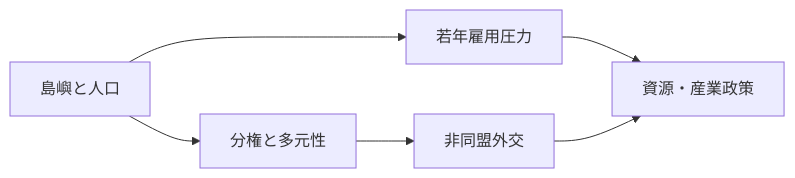
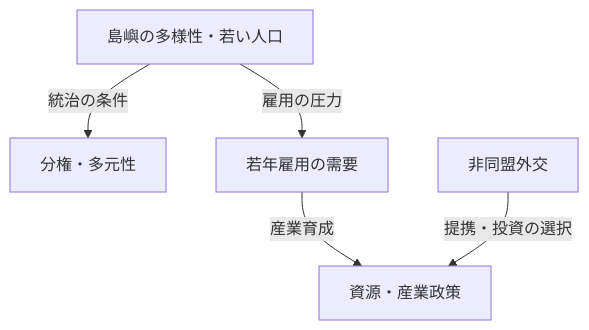
One commit to daylight55/research changed the first of 2 diagrams in articles/report/indonesia-geopolitical-profile/ja/index.mdx. Above: the diagram before and after it, drawn with Mermaid. The commit also changed other lines of this file and 181 other files, not shown here.

First line of the commit message:
全記事の図解368点を再生成し、共通注意書きを削除 (#402)

````diff
--- a/articles/report/indonesia-geopolitical-profile/ja/index.mdx
+++ b/articles/report/indonesia-geopolitical-profile/ja/index.mdx
@@ -30,8 +30,14 @@
 ```mermaid
-flowchart LR
-  A["島嶼と人口"] --> B["分権と多元性"]
-  B --> C["非同盟外交"]
-  A --> D["若年雇用圧力"]
-  D --> E["資源・産業政策"]
-  C --> E
+flowchart TD
+  accTitle: インドネシアの島嶼・雇用・産業政策
+  accDescr: 地理的な多様性は分権に、若い人口は雇用需要に関わる。資源政策と非同盟外交をこれらと結び付けて読む。
+  N0["島嶼の多様性・若い人口"]
+  N1["分権・多元性"]
+  N2["若年雇用の需要"]
+  N3["資源・産業政策"]
+  N4["非同盟外交"]
+  N0 -->|統治の条件| N1
+  N0 -->|雇用の圧力| N2
+  N2 -->|産業育成| N3
+  N4 -->|提携・投資の選択| N3
 ```
````
